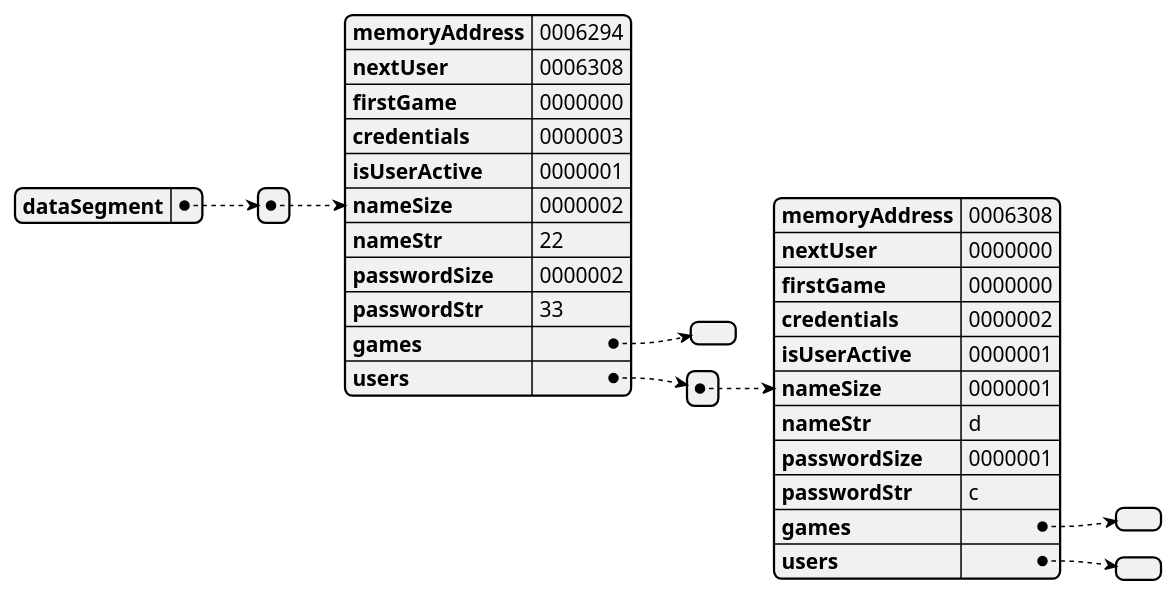
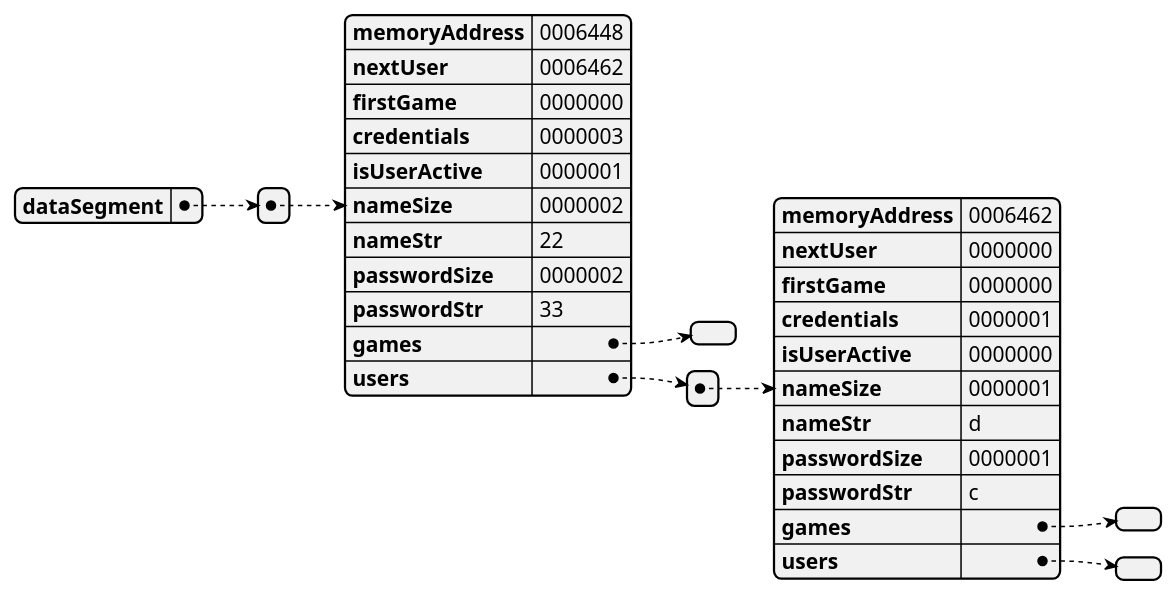
The diagram in docs/uml/README.md (danielcuque/ACE1-PROYECTO2), drawn with PlantUML before and after one commit. The commit also changed 5 other files, not shown here.

`````diff
--- a/docs/uml/README.md
+++ b/docs/uml/README.md
@@ -1,26 +1,26 @@
 ````plantuml
 @startjson memoryGraph
 {"dataSegment":
-[{"memoryAddress":"0006294",
-"nextUser":"0006308",
+[{"memoryAddress":"0006448",
+"nextUser":"0006462",
 "firstGame":"0000000",
 "credentials":"0000003",
 "isUserActive":"0000001",
 "nameSize":"0000002",
 "nameStr":"22",
 "passwordSize":"0000002",
 "passwordStr":"33",
 "games":[],
-"users":[{"memoryAddress":"0006308",
+"users":[{"memoryAddress":"0006462",
 "nextUser":"0000000",
 "firstGame":"0000000",
-"credentials":"0000002",
-"isUserActive":"0000001",
+"credentials":"0000001",
+"isUserActive":"0000000",
 "nameSize":"0000001",
 "nameStr":"d",
 "passwordSize":"0000001",
 "passwordStr":"c",
 "games":[],
 "users":[]}]}]}
 @endjson
 ````
`````
